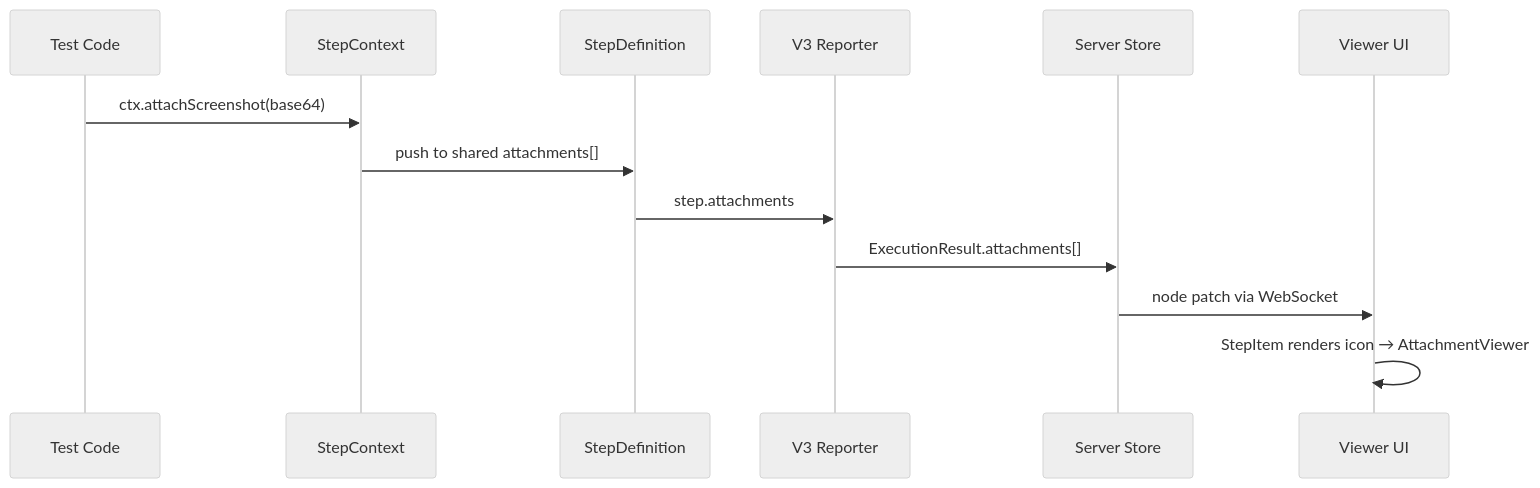
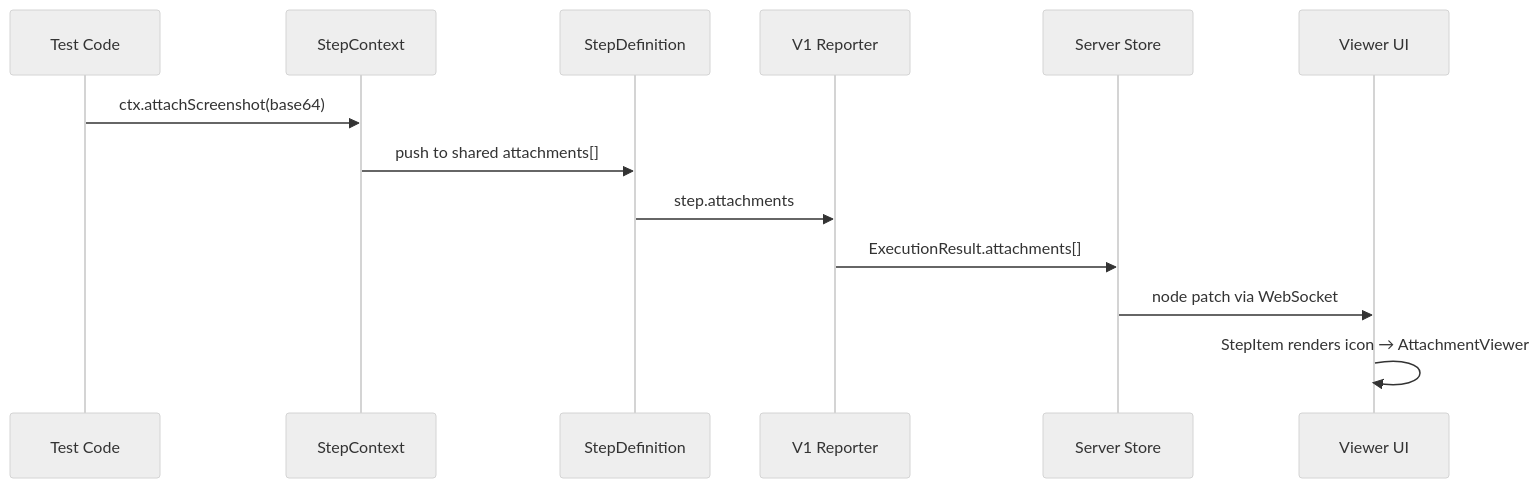
Before and after one commit to dotnetprofessional/LiveDoc: the second of 3 diagrams in packages/viewer/ATTACHMENT-GALLERY-ARCHITECTURE.md, drawn with Mermaid (neutral theme). The commit also changed other lines of this file and 40 other files, not shown here.

````diff
--- a/packages/viewer/ATTACHMENT-GALLERY-ARCHITECTURE.md
+++ b/packages/viewer/ATTACHMENT-GALLERY-ARCHITECTURE.md
@@ -42,16 +42,16 @@
 ```mermaid
 sequenceDiagram
     participant Test as Test Code
     participant SC as StepContext
     participant SD as StepDefinition
-    participant Rep as V3 Reporter
+    participant Rep as V1 Reporter
     participant Srv as Server Store
     participant UI as Viewer UI
 
     Test->>SC: ctx.attachScreenshot(base64)
     SC->>SD: push to shared attachments[]
     SD->>Rep: step.attachments
     Rep->>Srv: ExecutionResult.attachments[]
     Srv->>UI: node patch via WebSocket
     UI->>UI: StepItem renders icon → AttachmentViewer
 ```
````
